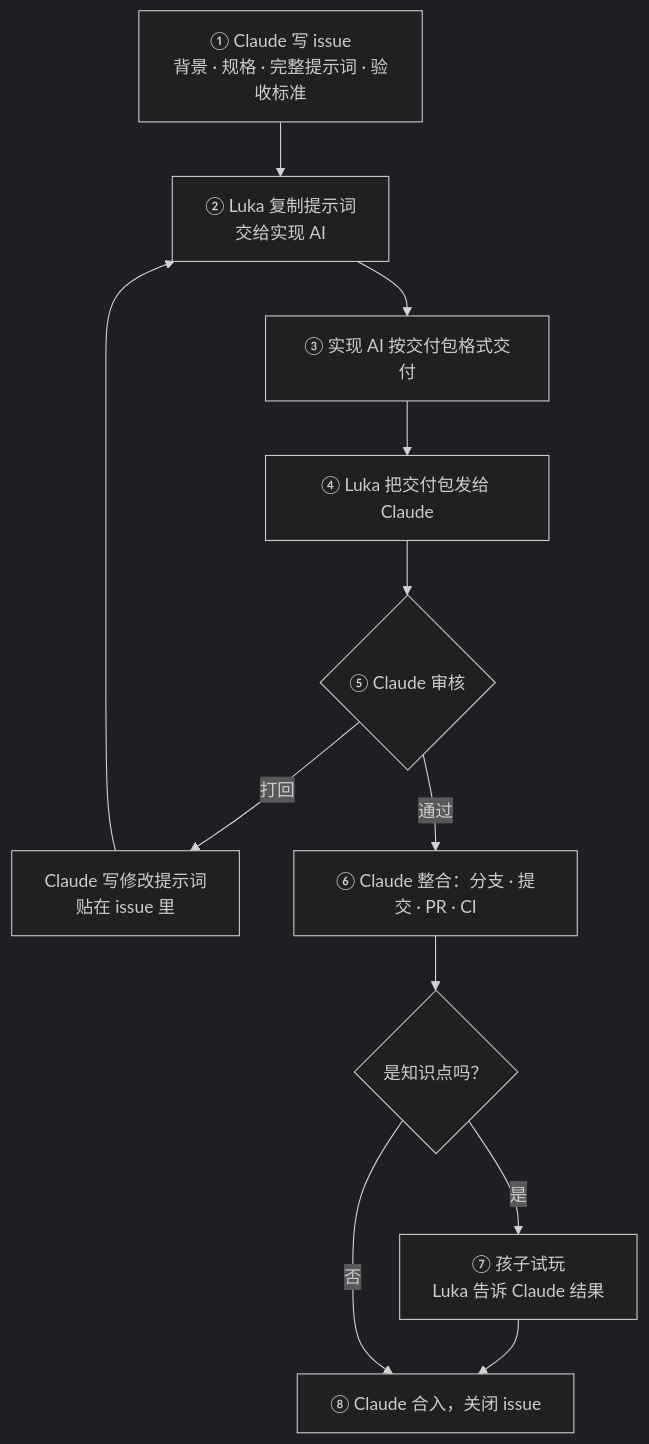
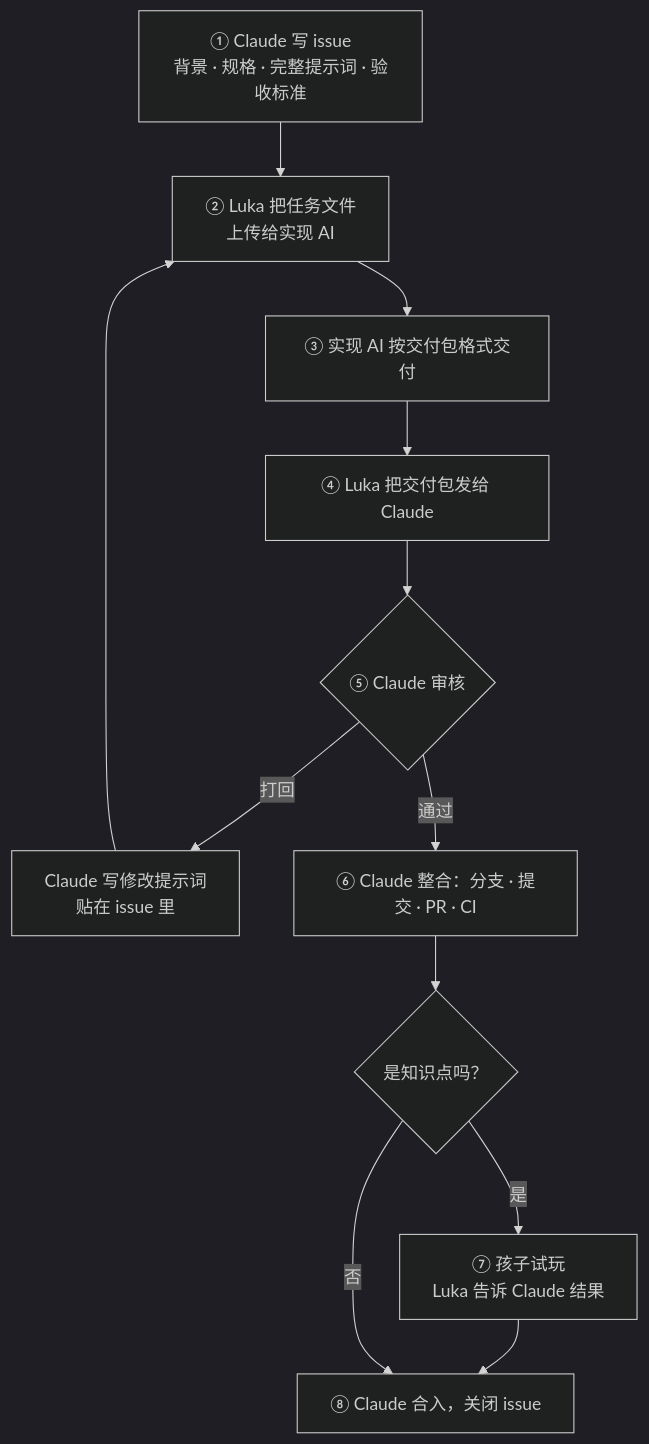
Before and after one commit to deepnorth2077/Curio: the diagram in docs/collaboration.md, drawn with Mermaid (dark theme). The commit also changed other lines of this file and 2 other files, not shown here.

Commit message:
派发方式改为任务文件（Luka 拍板，见 ADR-007）
Refs: #2

````diff
--- a/docs/collaboration.md
+++ b/docs/collaboration.md
@@ -21,12 +21,12 @@
 ```mermaid
 flowchart TB
-  A["① Claude 写 issue<br/>背景 · 规格 · 完整提示词 · 验收标准"] --> B["② Luka 复制提示词<br/>交给实现 AI"]
+  A["① Claude 写 issue<br/>背景 · 规格 · 完整提示词 · 验收标准"] --> B["② Luka 把任务文件<br/>上传给实现 AI"]
   B --> C["③ 实现 AI 按交付包格式交付"]
   C --> D["④ Luka 把交付包发给 Claude"]
   D --> E{"⑤ Claude 审核"}
   E -->|打回| F["Claude 写修改提示词<br/>贴在 issue 里"] --> B
   E -->|通过| G["⑥ Claude 整合：分支 · 提交 · PR · CI"]
   G --> H{"是知识点吗？"}
   H -->|是| I["⑦ 孩子试玩<br/>Luka 告诉 Claude 结果"] --> J
   H -->|否| J["⑧ Claude 合入，关闭 issue"]
 ```
````
